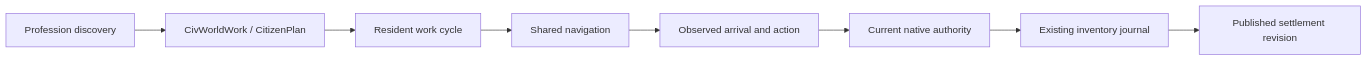
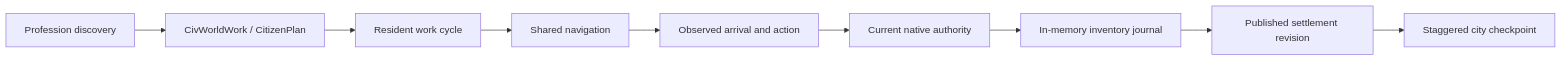
The diagram in docs/runtime-modules.md (alexey-va/ArcCivs), drawn with Mermaid before and after one commit. The commit also changed other lines of this file and 48 other files, not shown here.

````diff
--- a/docs/runtime-modules.md
+++ b/docs/runtime-modules.md
@@ -25,10 +25,11 @@
 ```mermaid
 flowchart LR
     profession[Profession discovery] --> work[CivWorldWork / CitizenPlan]
     work --> resident[Resident work cycle]
     resident --> navigation[Shared navigation]
     navigation --> observation[Observed arrival and action]
     observation --> authority[Current native authority]
-    authority --> journal[Existing inventory journal]
+    authority --> journal[In-memory inventory journal]
     journal --> published[Published settlement revision]
+    published --> checkpoint[Staggered city checkpoint]
 ```
````
